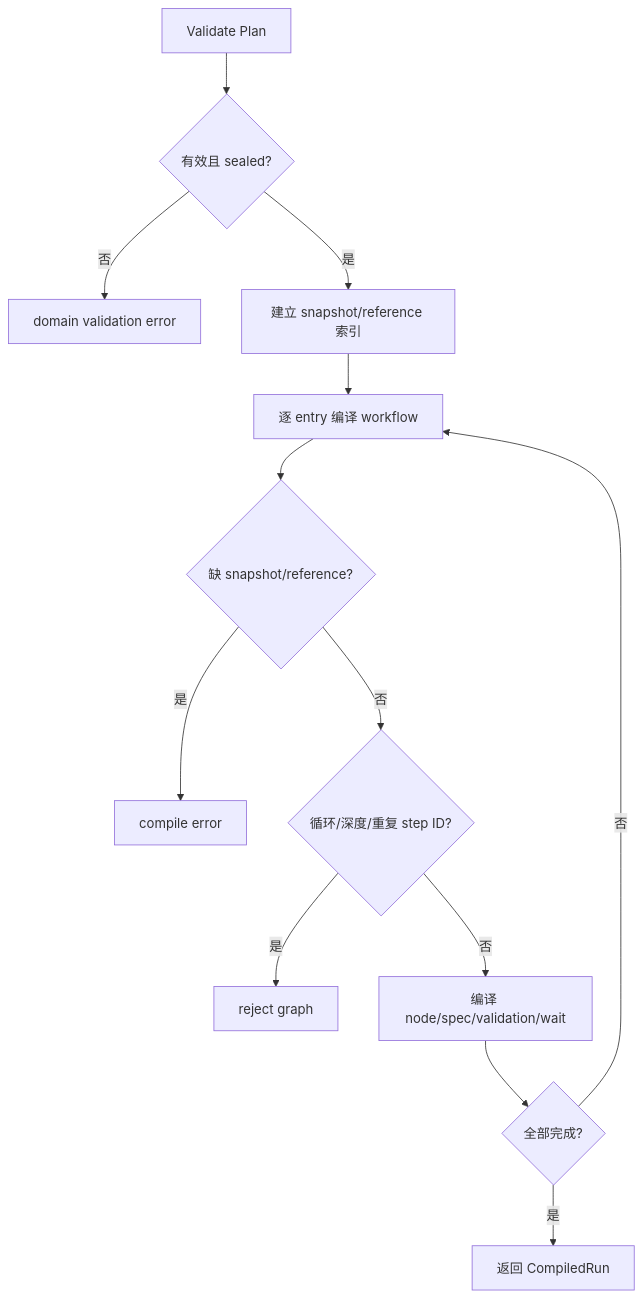
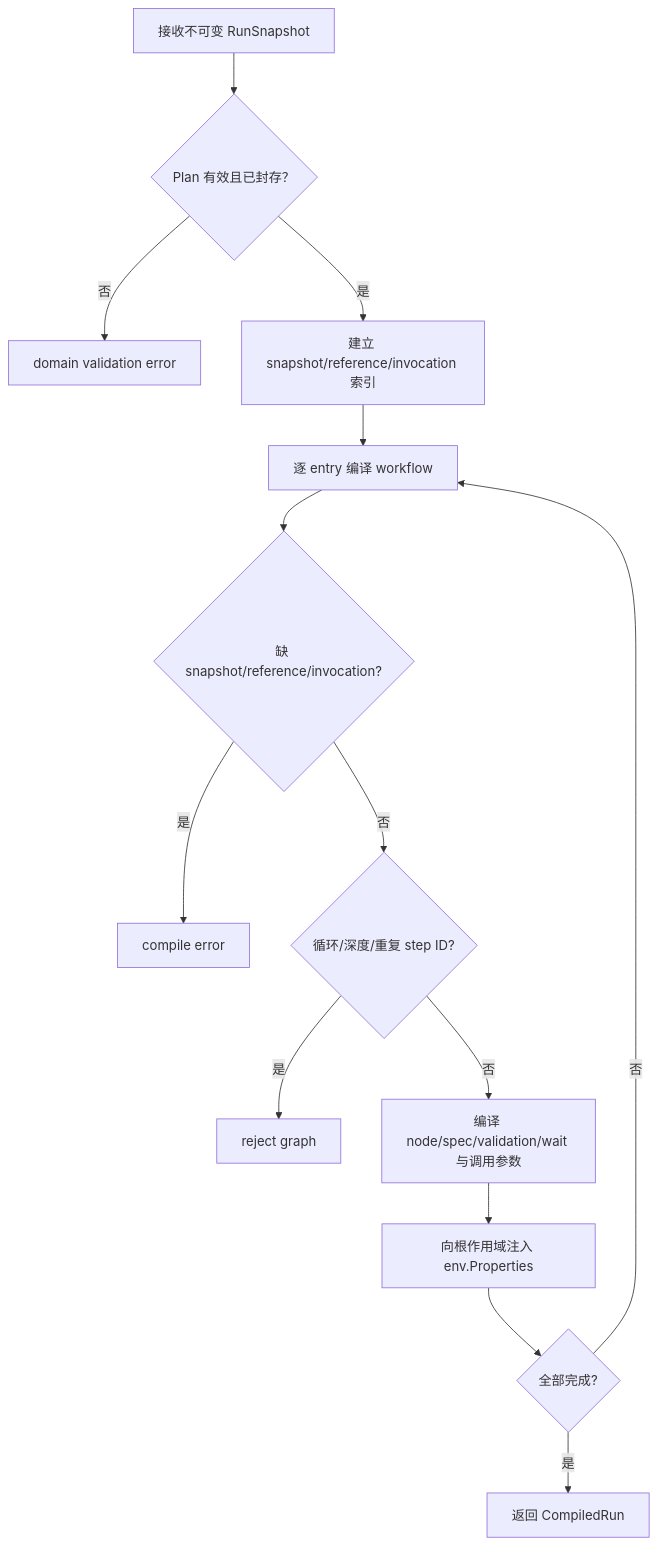
Before and after one commit to Capsule7446/healix-core: the second of 2 diagrams in docs/application/engine/compile-plan.md, drawn with Mermaid. The commit also changed other lines of this file and 180 other files, not shown here.

````diff
--- a/docs/application/engine/compile-plan.md
+++ b/docs/application/engine/compile-plan.md
@@ -35,15 +61,16 @@
 ```mermaid
 flowchart TD
-    A[Validate Plan] --> B{有效且 sealed?}
+    A[接收不可变 RunSnapshot] --> B{Plan 有效且已封存？}
     B -- 否 --> E1[domain validation error]
-    B -- 是 --> C[建立 snapshot/reference 索引]
+    B -- 是 --> C[建立 snapshot/reference/invocation 索引]
     C --> D[逐 entry 编译 workflow]
-    D --> E{缺 snapshot/reference?}
+    D --> E{缺 snapshot/reference/invocation?}
     E -- 是 --> E2[compile error]
     E -- 否 --> F{循环/深度/重复 step ID?}
     F -- 是 --> E3[reject graph]
-    F -- 否 --> G[编译 node/spec/validation/wait]
-    G --> H{全部完成?}
-    H -- 否 --> D
-    H -- 是 --> I[返回 CompiledRun]
+    F -- 否 --> G[编译 node/spec/validation/wait 与调用参数]
+    G --> H[向根作用域注入 env.Properties]
+    H --> I{全部完成?}
+    I -- 否 --> D
+    I -- 是 --> J[返回 CompiledRun]
 ```
````
